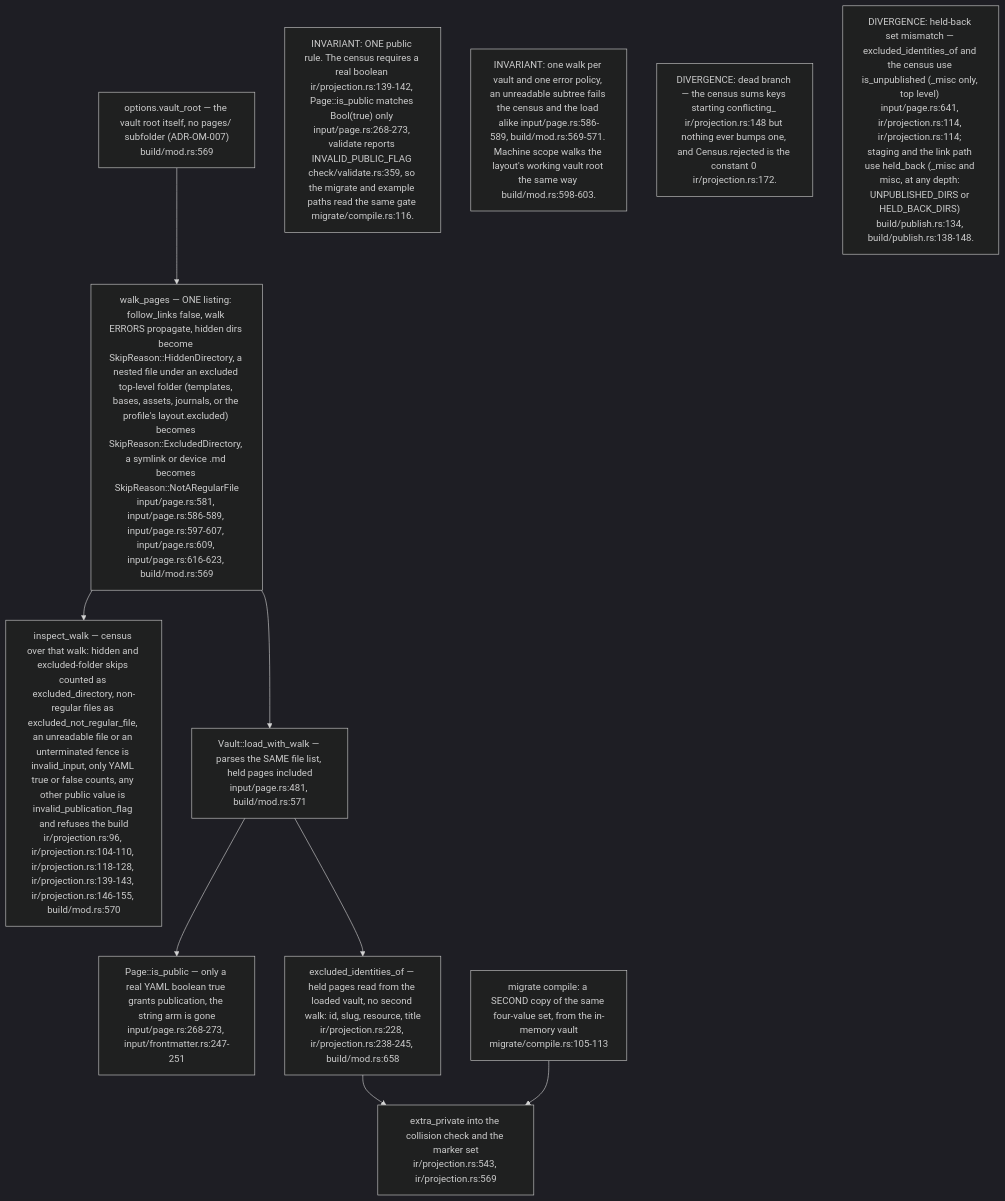
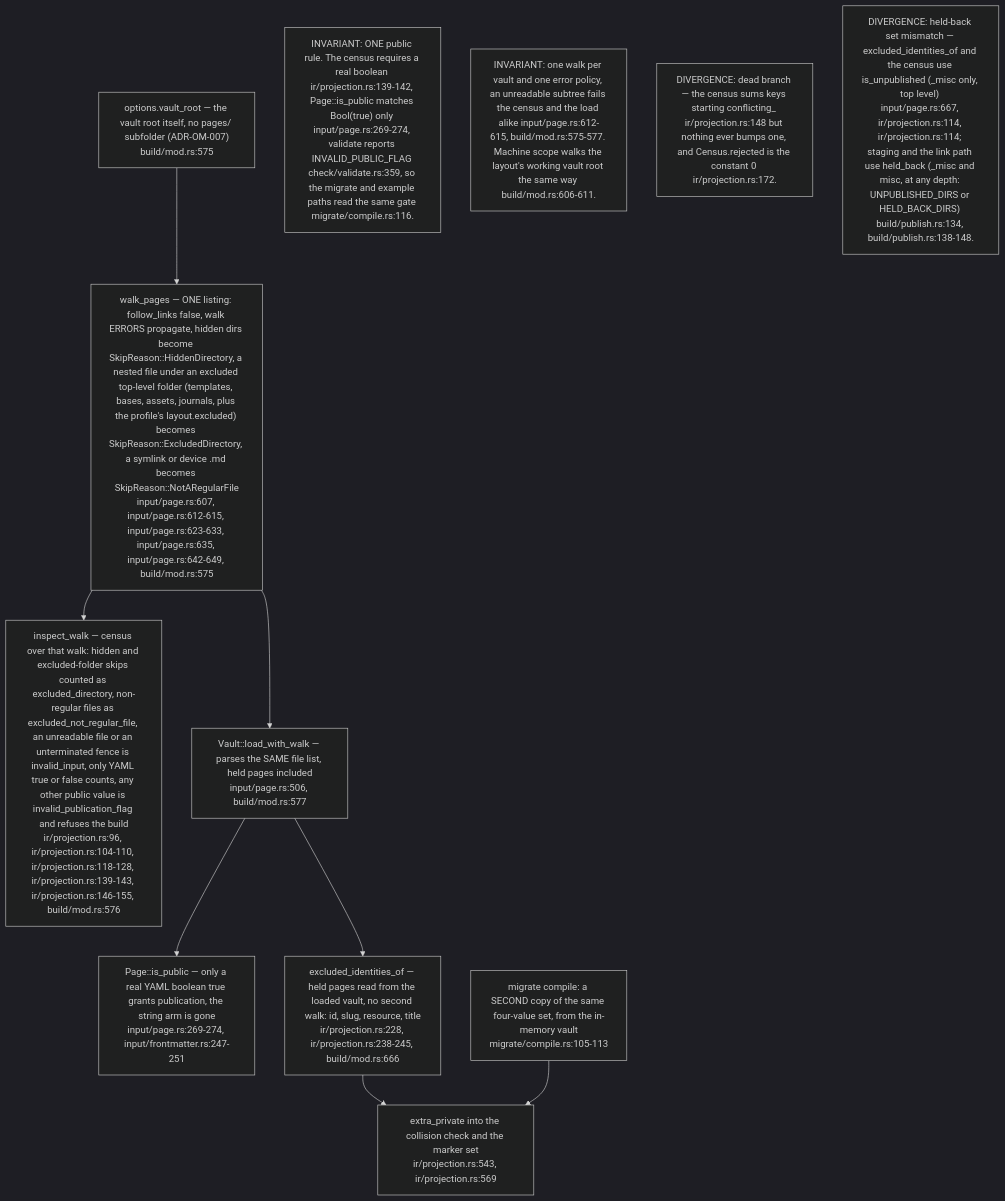
Before and after one commit to DreamLab-AI/VisionFlow: the fifth of 6 diagrams in docs/diagrams/ontomark/02-ir-corpus-projection-and-redaction.md, drawn with Mermaid (dark theme). The commit also changed other lines of this file and 91 other files, not shown here.

````diff
--- a/docs/diagrams/ontomark/02-ir-corpus-projection-and-redaction.md
+++ b/docs/diagrams/ontomark/02-ir-corpus-projection-and-redaction.md
@@ -180,20 +180,20 @@
 ```mermaid
 flowchart TD
-    DIR["options.vault_root — the vault root itself, no pages/ subfolder (ADR-OM-007)<br/>build/mod.rs:569"]
-    W1["walk_pages — ONE listing: follow_links false, walk ERRORS propagate, hidden dirs become SkipReason::HiddenDirectory, a nested file under an excluded top-level folder (templates, bases, assets, journals, or the profile's layout.excluded) becomes SkipReason::ExcludedDirectory, a symlink or device .md becomes SkipReason::NotARegularFile<br/>input/page.rs:581, input/page.rs:586-589, input/page.rs:597-607, input/page.rs:609, input/page.rs:616-623, build/mod.rs:569"]
-    CEN["inspect_walk — census over that walk: hidden and excluded-folder skips counted as excluded_directory, non-regular files as excluded_not_regular_file, an unreadable file or an unterminated fence is invalid_input, only YAML true or false counts, any other public value is invalid_publication_flag and refuses the build<br/>ir/projection.rs:96, ir/projection.rs:104-110, ir/projection.rs:118-128, ir/projection.rs:139-143, ir/projection.rs:146-155, build/mod.rs:570"]
-    LOAD["Vault::load_with_walk — parses the SAME file list, held pages included<br/>input/page.rs:481, build/mod.rs:571"]
-    PUB["Page::is_public — only a real YAML boolean true grants publication, the string arm is gone<br/>input/page.rs:268-273, input/frontmatter.rs:247-251"]
-    EXC["excluded_identities_of — held pages read from the loaded vault, no second walk: id, slug, resource, title<br/>ir/projection.rs:228, ir/projection.rs:238-245, build/mod.rs:658"]
+    DIR["options.vault_root — the vault root itself, no pages/ subfolder (ADR-OM-007)<br/>build/mod.rs:575"]
+    W1["walk_pages — ONE listing: follow_links false, walk ERRORS propagate, hidden dirs become SkipReason::HiddenDirectory, a nested file under an excluded top-level folder (templates, bases, assets, journals, plus the profile's layout.excluded) becomes SkipReason::ExcludedDirectory, a symlink or device .md becomes SkipReason::NotARegularFile<br/>input/page.rs:607, input/page.rs:612-615, input/page.rs:623-633, input/page.rs:635, input/page.rs:642-649, build/mod.rs:575"]
+    CEN["inspect_walk — census over that walk: hidden and excluded-folder skips counted as excluded_directory, non-regular files as excluded_not_regular_file, an unreadable file or an unterminated fence is invalid_input, only YAML true or false counts, any other public value is invalid_publication_flag and refuses the build<br/>ir/projection.rs:96, ir/projection.rs:104-110, ir/projection.rs:118-128, ir/projection.rs:139-143, ir/projection.rs:146-155, build/mod.rs:576"]
+    LOAD["Vault::load_with_walk — parses the SAME file list, held pages included<br/>input/page.rs:506, build/mod.rs:577"]
+    PUB["Page::is_public — only a real YAML boolean true grants publication, the string arm is gone<br/>input/page.rs:269-274, input/frontmatter.rs:247-251"]
+    EXC["excluded_identities_of — held pages read from the loaded vault, no second walk: id, slug, resource, title<br/>ir/projection.rs:228, ir/projection.rs:238-245, build/mod.rs:666"]
     MIG["migrate compile: a SECOND copy of the same four-value set, from the in-memory vault<br/>migrate/compile.rs:105-113"]
     USE["extra_private into the collision check and the marker set<br/>ir/projection.rs:543, ir/projection.rs:569"]
     DIR --> W1
     W1 --> CEN
     W1 --> LOAD --> PUB
     LOAD --> EXC --> USE
     MIG --> USE
-    n1["INVARIANT: ONE public rule. The census requires a real boolean ir/projection.rs:139-142, Page::is_public matches Bool(true) only input/page.rs:268-273, validate reports INVALID_PUBLIC_FLAG check/validate.rs:359, so the migrate and example paths read the same gate migrate/compile.rs:116."]
-    n2["INVARIANT: one walk per vault and one error policy, an unreadable subtree fails the census and the load alike input/page.rs:586-589, build/mod.rs:569-571. Machine scope walks the layout's working vault root the same way build/mod.rs:598-603."]
+    n1["INVARIANT: ONE public rule. The census requires a real boolean ir/projection.rs:139-142, Page::is_public matches Bool(true) only input/page.rs:269-274, validate reports INVALID_PUBLIC_FLAG check/validate.rs:359, so the migrate and example paths read the same gate migrate/compile.rs:116."]
+    n2["INVARIANT: one walk per vault and one error policy, an unreadable subtree fails the census and the load alike input/page.rs:612-615, build/mod.rs:575-577. Machine scope walks the layout's working vault root the same way build/mod.rs:606-611."]
     n4["DIVERGENCE: dead branch — the census sums keys starting conflicting_ ir/projection.rs:148 but nothing ever bumps one, and Census.rejected is the constant 0 ir/projection.rs:172."]
-    n5["DIVERGENCE: held-back set mismatch — excluded_identities_of and the census use is_unpublished (_misc only, top level) input/page.rs:641, ir/projection.rs:114, ir/projection.rs:114; staging and the link path use held_back (_misc and misc, at any depth: UNPUBLISHED_DIRS or HELD_BACK_DIRS) build/publish.rs:134, build/publish.rs:138-148."]
+    n5["DIVERGENCE: held-back set mismatch — excluded_identities_of and the census use is_unpublished (_misc only, top level) input/page.rs:667, ir/projection.rs:114, ir/projection.rs:114; staging and the link path use held_back (_misc and misc, at any depth: UNPUBLISHED_DIRS or HELD_BACK_DIRS) build/publish.rs:134, build/publish.rs:138-148."]
 ```
````
